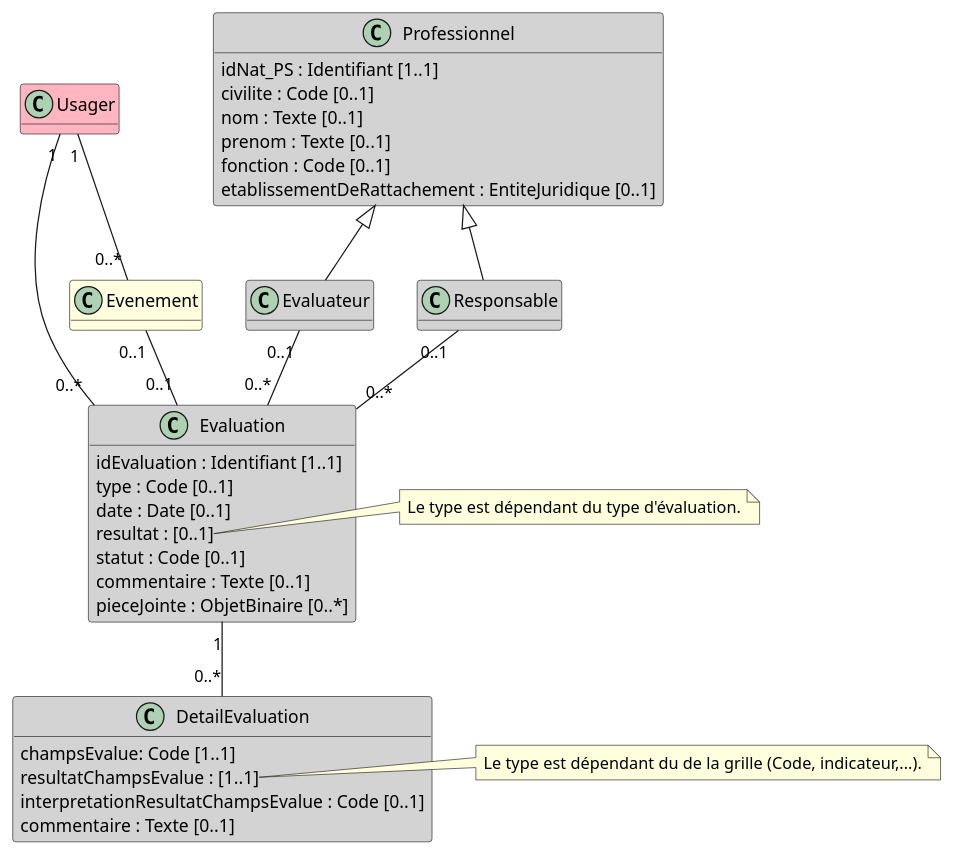
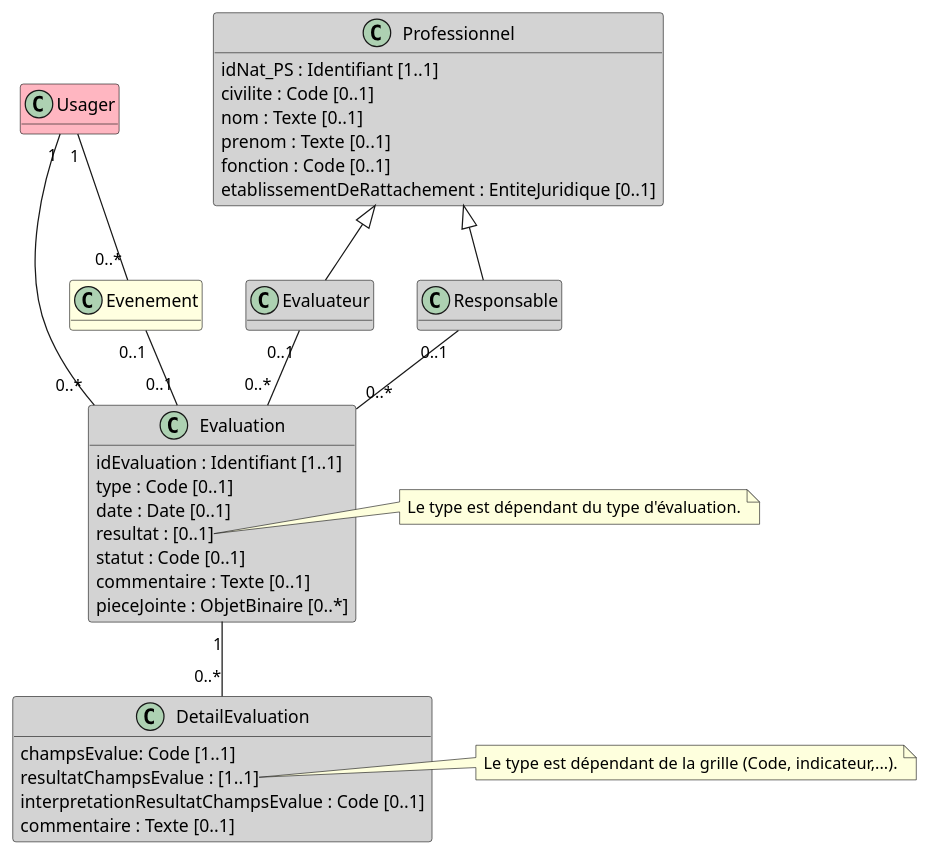
Before and after one commit to ansforge/IG-fhir-transfert-donnees-dui-esms: the diagram in input/images-source/bloc_evaluation-grille.plantuml, drawn with PlantUML.

```diff
--- a/input/images-source/bloc_evaluation-grille.plantuml
+++ b/input/images-source/bloc_evaluation-grille.plantuml
@@ -1,56 +1,56 @@
 @startuml
 
 hide empty methods
 
 class Usager #LightPink
 
 class Evenement #LightYellow
 
 class Evaluateur #LightGray
 
 class Responsable #LightGray
 
 class Professionnel #LightGray {
     idNat_PS : Identifiant [1..1]
     civilite : Code [0..1]
     nom : Texte [0..1]
     prenom : Texte [0..1]
     fonction : Code [0..1]
     etablissementDeRattachement : EntiteJuridique [0..1]
 }
 
 class Evaluation #LightGray {
     idEvaluation : Identifiant [1..1]
     type : Code [0..1]
     date : Date [0..1]
     resultat : [0..1]
     statut : Code [0..1]
     commentaire : Texte [0..1]
     pieceJointe : ObjetBinaire [0..*]
 }
 
 note right of Evaluation::resultat
   Le type est dépendant du type d'évaluation.
 end note
 
 class DetailEvaluation #LightGray {
     champsEvalue: Code [1..1]
     resultatChampsEvalue : [1..1]
     interpretationResultatChampsEvalue : Code [0..1]
     commentaire : Texte [0..1]
 }
 
 note right of DetailEvaluation::resultatChampsEvalue
-  Le type est dépendant du de la grille (Code, indicateur,...).
+  Le type est dépendant de la grille (Code, indicateur,...).
 end note
 
 Professionnel <|-- Evaluateur
 Professionnel <|-- Responsable
 Usager "1" -- "0..*" Evenement
 Evenement "0..1" -- "0..1" Evaluation
 Evaluateur "0..1" -- "0..*" Evaluation
 Responsable "0..1" -- "0..*" Evaluation
 Usager "1" - "0..*" Evaluation
 Evaluation "1" -- "0..*" DetailEvaluation
 
 @enduml
```
